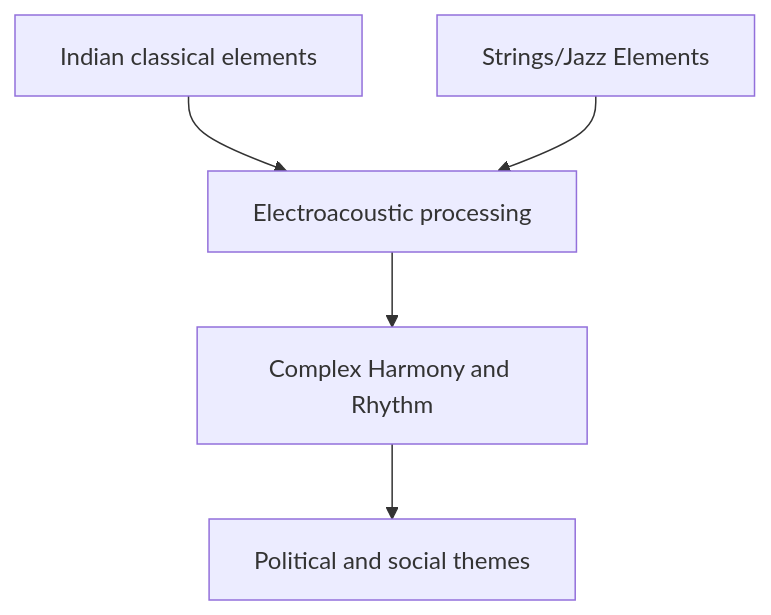
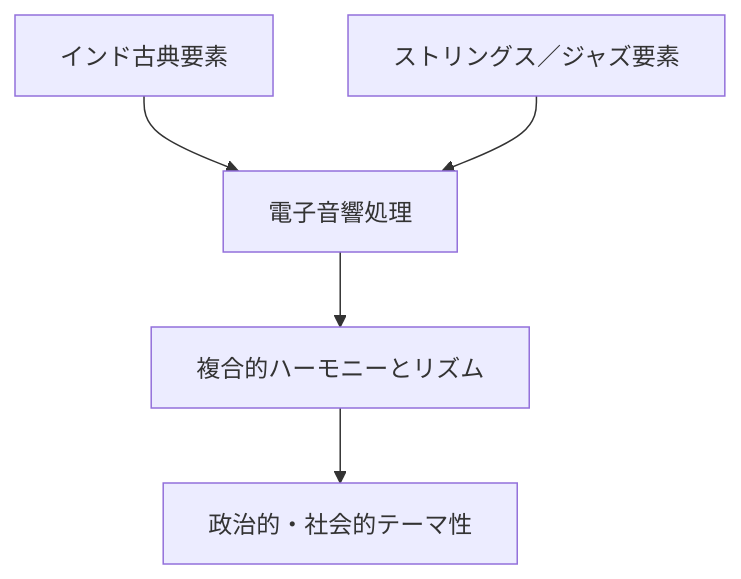
The first of 5 diagrams in en/_posts/2025-12-09-column-electronic-world-fusion.md (monumental-movement/monumental-movement.github.io), drawn with Mermaid before and after one commit. The commit also changed other lines of this file and 2196 other files, not shown here.

```diff
--- a/en/_posts/2025-12-09-column-electronic-world-fusion.md
+++ b/en/_posts/2025-12-09-column-electronic-world-fusion.md
@@ -69,7 +68,7 @@
 <div class="mermaid">
 flowchart TD
-    A["Indian classical elements"] --> C["Electroacoustic processing"]
-    B["Strings/Jazz Elements"] --> C
-    C --> D["Complex Harmony and Rhythm"]
-    D --> E["Political and social themes"]
+    A["インド古典要素"] --> C["電子音響処理"]
+    B["ストリングス／ジャズ要素"] --> C
+    C --> D["複合的ハーモニーとリズム"]
+    D --> E["政治的・社会的テーマ性"]
 </div>
```
